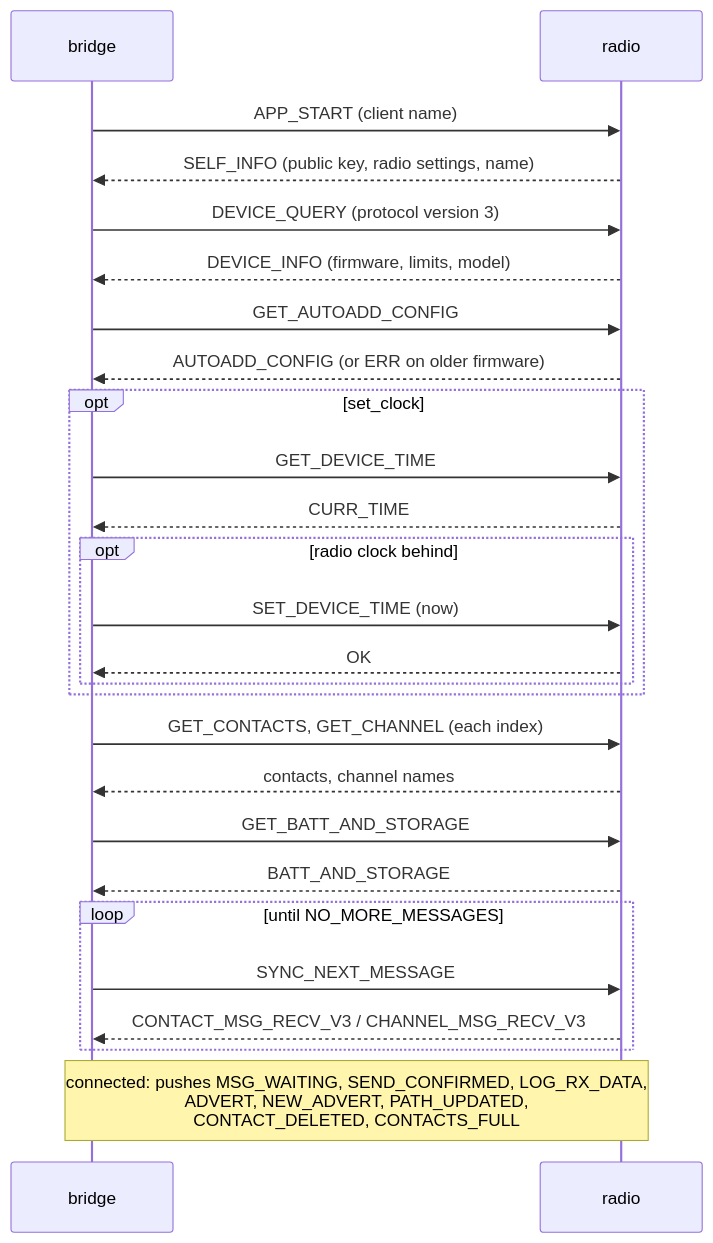
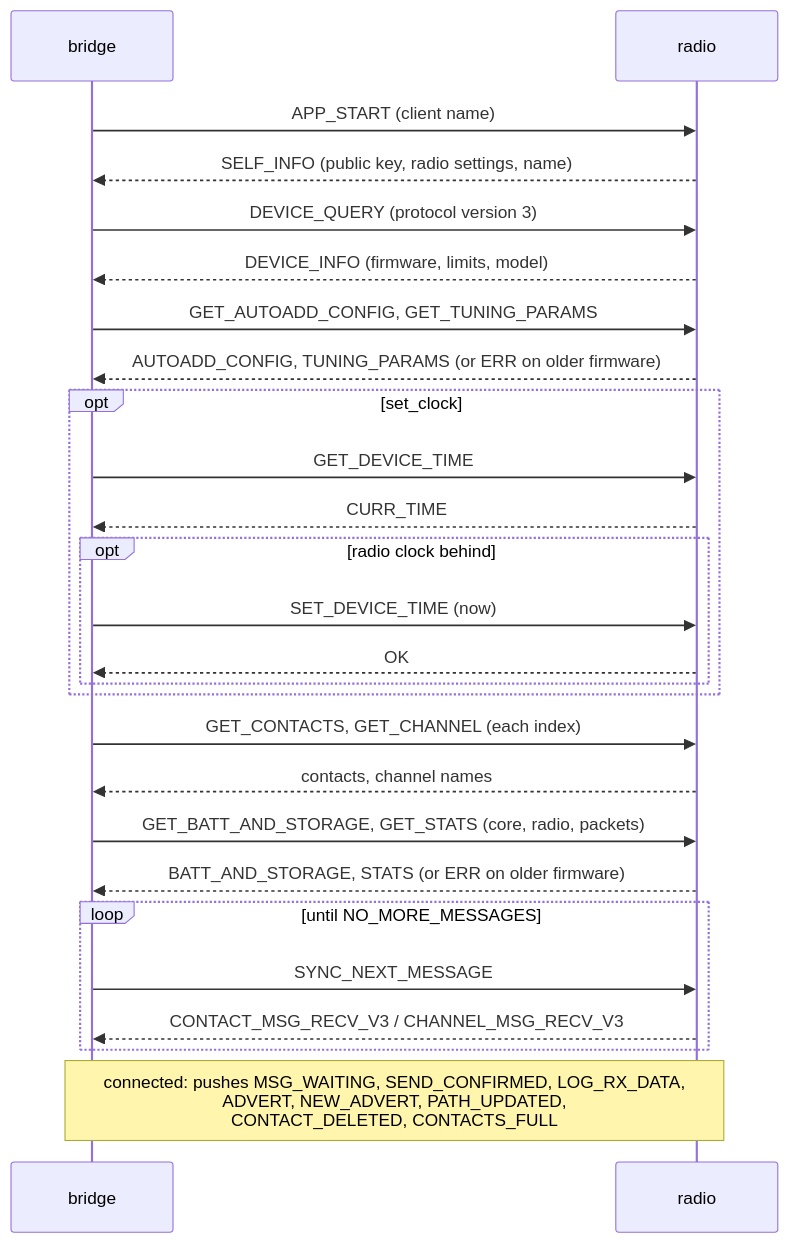
Before and after one commit to dkuenzel/meshcore-home-gateway: the third of 4 diagrams in docs/design.md, drawn with Mermaid. The commit also changed other lines of this file and 12 other files, not shown here.

````diff
--- a/docs/design.md
+++ b/docs/design.md
@@ -209,28 +209,28 @@
 ```mermaid
 sequenceDiagram
     participant B as bridge
     participant R as radio
     B->>R: APP_START (client name)
     R-->>B: SELF_INFO (public key, radio settings, name)
     B->>R: DEVICE_QUERY (protocol version 3)
     R-->>B: DEVICE_INFO (firmware, limits, model)
-    B->>R: GET_AUTOADD_CONFIG
-    R-->>B: AUTOADD_CONFIG (or ERR on older firmware)
+    B->>R: GET_AUTOADD_CONFIG, GET_TUNING_PARAMS
+    R-->>B: AUTOADD_CONFIG, TUNING_PARAMS (or ERR on older firmware)
     opt set_clock
         B->>R: GET_DEVICE_TIME
         R-->>B: CURR_TIME
         opt radio clock behind
             B->>R: SET_DEVICE_TIME (now)
             R-->>B: OK
         end
     end
     B->>R: GET_CONTACTS, GET_CHANNEL (each index)
     R-->>B: contacts, channel names
-    B->>R: GET_BATT_AND_STORAGE
-    R-->>B: BATT_AND_STORAGE
+    B->>R: GET_BATT_AND_STORAGE, GET_STATS (core, radio, packets)
+    R-->>B: BATT_AND_STORAGE, STATS (or ERR on older firmware)
     loop until NO_MORE_MESSAGES
         B->>R: SYNC_NEXT_MESSAGE
         R-->>B: CONTACT_MSG_RECV_V3 / CHANNEL_MSG_RECV_V3
     end
     Note over B,R: connected: pushes MSG_WAITING, SEND_CONFIRMED, LOG_RX_DATA,<br/>ADVERT, NEW_ADVERT, PATH_UPDATED,<br/>CONTACT_DELETED, CONTACTS_FULL
 ```
````
